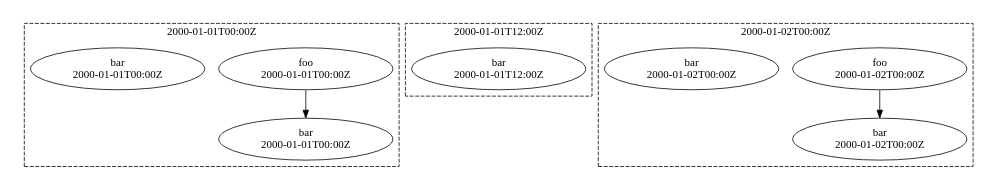
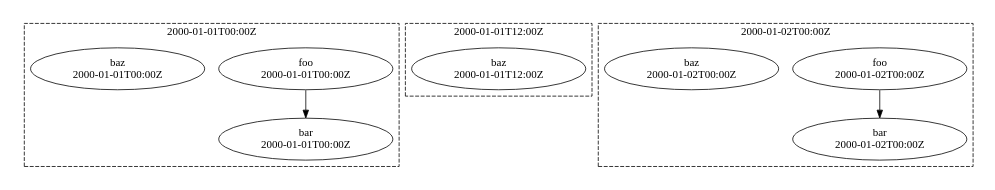
The first of 3 diagrams in sphinx/glossary.rst (metomi/rose), drawn with Graphviz before and after one commit. The commit also changed other lines of this file, not shown here.

Commit message:
Fix typos, schematic errors and unclear sentences

```diff
--- a/sphinx/glossary.rst
+++ b/sphinx/glossary.rst
@@ -49,30 +49,30 @@
       .. digraph:: example
          :align: center
 
          bgcolor=none
          size = "7,15"
 
          subgraph cluster_1 {
              label = "2000-01-01T00:00Z"
              style = dashed
              "foo.01T00" [label="foo\n2000-01-01T00:00Z"]
              "bar.01T00" [label="bar\n2000-01-01T00:00Z"]
-             "baz.01T00" [label="bar\n2000-01-01T00:00Z"]
+             "baz.01T00" [label="baz\n2000-01-01T00:00Z"]
          }
 
          subgraph cluster_2 {
              label = "2000-01-01T12:00Z"
              style = dashed
-             "baz.01T12" [label="bar\n2000-01-01T12:00Z"]
+             "baz.01T12" [label="baz\n2000-01-01T12:00Z"]
          }
 
          subgraph cluster_3 {
              label = "2000-01-02T00:00Z"
              style = dashed
              "foo.02T00" [label="foo\n2000-01-02T00:00Z"]
              "bar.02T00" [label="bar\n2000-01-02T00:00Z"]
-             "baz.02T00" [label="bar\n2000-01-02T00:00Z"]
+             "baz.02T00" [label="baz\n2000-01-02T00:00Z"]
          }
 
          "foo.01T00" -> "bar.01T00"
          "foo.02T00" -> "bar.02T00"
```
